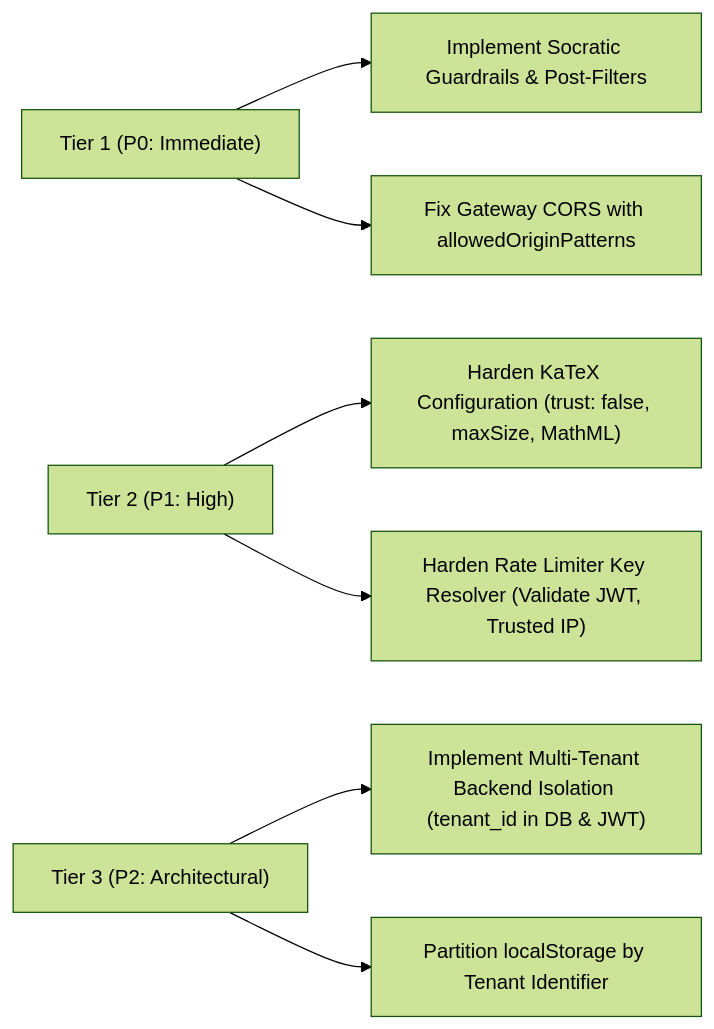
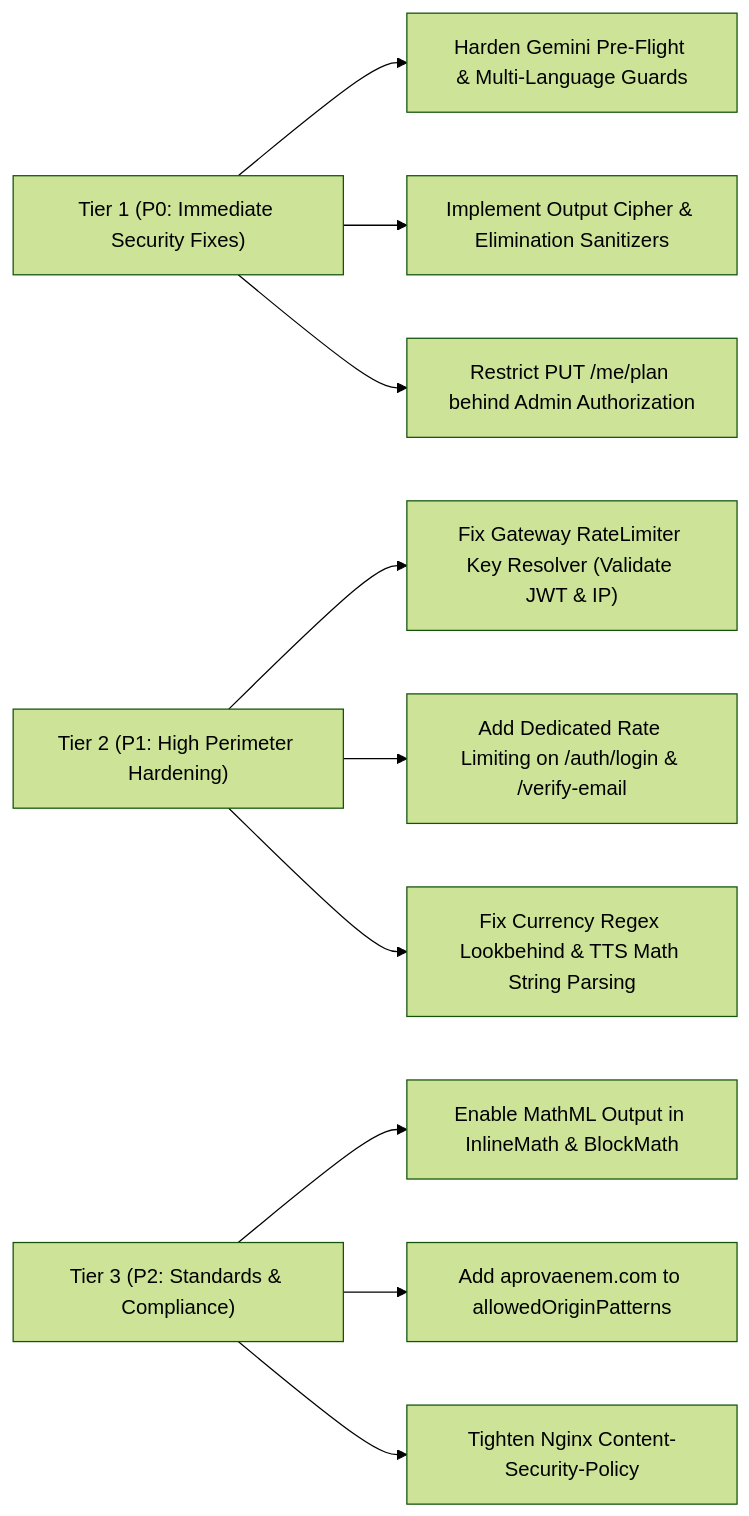
The sixth of 6 diagrams in docs/audit/jam2-stage3-runtime-pentest-fuzzing.md (Veras-D/AprovaENEM), drawn with Mermaid (forest theme) before and after one commit. The commit also changed other lines of this file and 2 other files, not shown here.

````diff
--- a/docs/audit/jam2-stage3-runtime-pentest-fuzzing.md
+++ b/docs/audit/jam2-stage3-runtime-pentest-fuzzing.md
@@ -383,11 +397,14 @@
 ```mermaid
 flowchart LR
-    Tier1["Tier 1 (P0: Immediate)"] --> T1A["Implement Socratic Guardrails & Post-Filters"]
-    Tier1 --> T1B["Fix Gateway CORS with allowedOriginPatterns"]
+    P0["Tier 1 (P0: Immediate Security Fixes)"] --> P0A["Harden Gemini Pre-Flight & Multi-Language Guards"]
+    P0 --> P0B["Implement Output Cipher & Elimination Sanitizers"]
+    P0 --> P0C["Restrict PUT /me/plan behind Admin Authorization"]
     
-    Tier2["Tier 2 (P1: High)"] --> T2A["Harden KaTeX Configuration (trust: false, maxSize, MathML)"]
-    Tier2 --> T2B["Harden Rate Limiter Key Resolver (Validate JWT, Trusted IP)"]
+    P1["Tier 2 (P1: High Perimeter Hardening)"] --> P1A["Fix Gateway RateLimiter Key Resolver (Validate JWT & IP)"]
+    P1 --> P1B["Add Dedicated Rate Limiting on /auth/login & /verify-email"]
+    P1 --> P1C["Fix Currency Regex Lookbehind & TTS Math String Parsing"]
 
-    Tier3["Tier 3 (P2: Architectural)"] --> T3A["Implement Multi-Tenant Backend Isolation (tenant_id in DB & JWT)"]
-    Tier3 --> T3B["Partition localStorage by Tenant Identifier"]
+    P2["Tier 3 (P2: Standards & Compliance)"] --> P2A["Enable MathML Output in InlineMath & BlockMath"]
+    P2 --> P2B["Add aprovaenem.com to allowedOriginPatterns"]
+    P2 --> P2C["Tighten Nginx Content-Security-Policy"]
 ```
````
